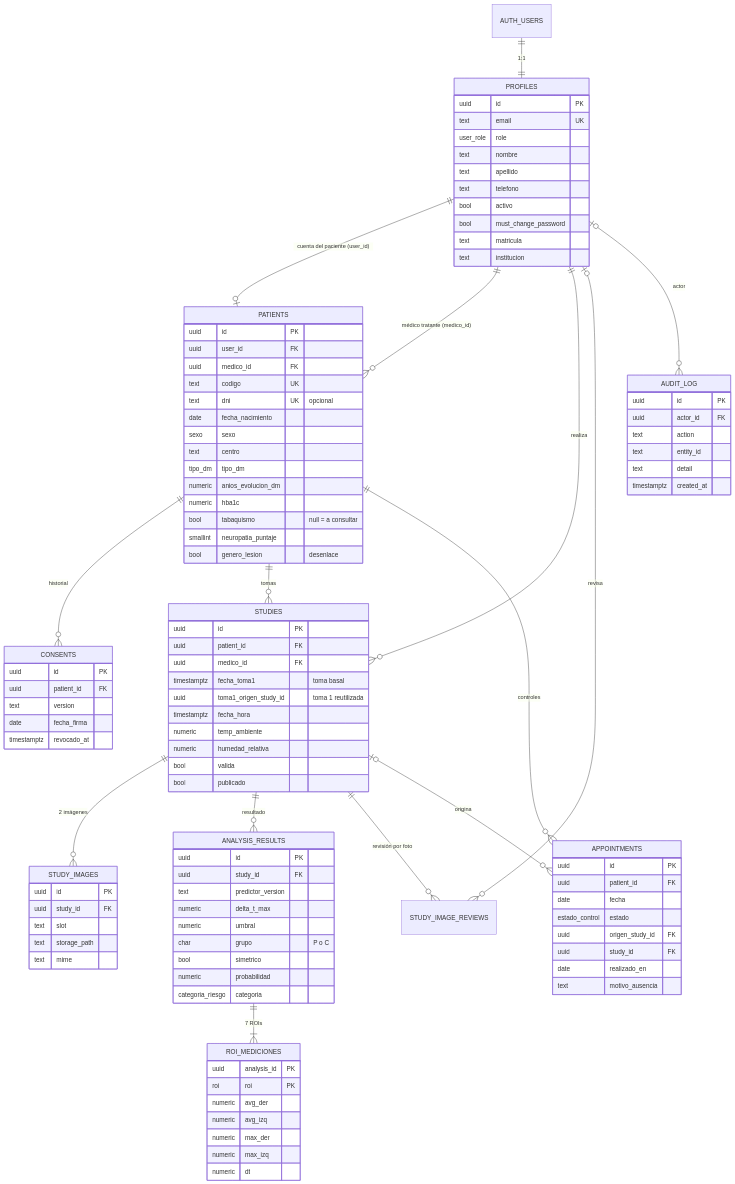
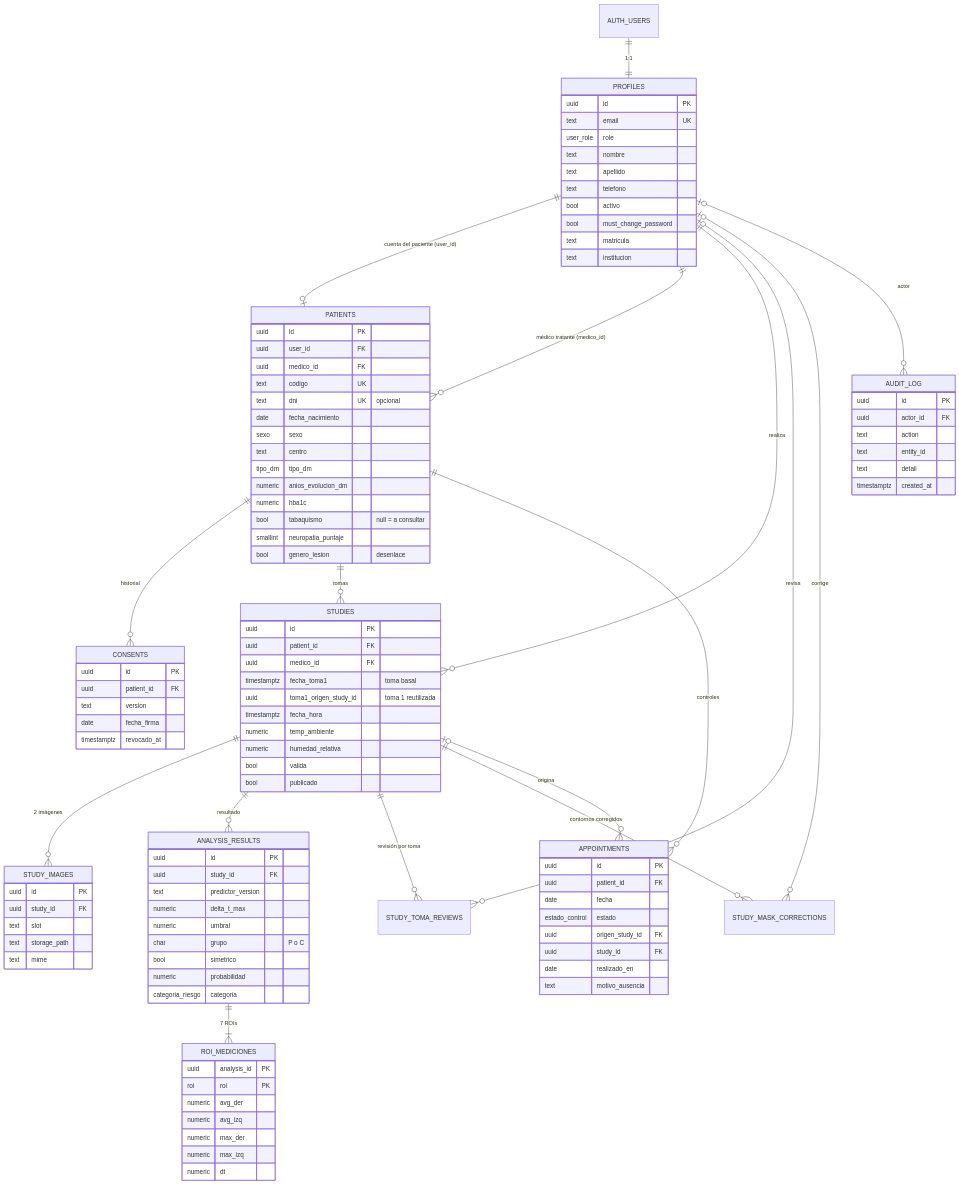
One commit to ivanjalid1/portal-pie-diabetico changed the diagram in docs/modelo-datos.md. Above: the diagram before and after it, drawn with Mermaid. The commit also changed other lines of this file and 48 other files, not shown here.

First line of the commit message:
feat(revision): una sola foto por toma, revisión por toma y corregir contorno

```diff
--- a/docs/modelo-datos.md
+++ b/docs/modelo-datos.md
@@ -16,8 +16,10 @@
   PROFILES ||--o{ STUDIES : "realiza"
   STUDIES ||--o{ STUDY_IMAGES : "2 imágenes"
   STUDIES ||--o{ ANALYSIS_RESULTS : "resultado"
-  STUDIES ||--o{ STUDY_IMAGE_REVIEWS : "revisión por foto"
-  PROFILES |o--o{ STUDY_IMAGE_REVIEWS : "revisa"
+  STUDIES ||--o{ STUDY_TOMA_REVIEWS : "revisión por toma"
+  PROFILES |o--o{ STUDY_TOMA_REVIEWS : "revisa"
+  STUDIES ||--o{ STUDY_MASK_CORRECTIONS : "contornos corregidos"
+  PROFILES |o--o{ STUDY_MASK_CORRECTIONS : "corrige"
   ANALYSIS_RESULTS ||--|{ ROI_MEDICIONES : "7 ROIs"
   PATIENTS ||--o{ APPOINTMENTS : "controles"
   STUDIES |o--o{ APPOINTMENTS : "origina"
```
